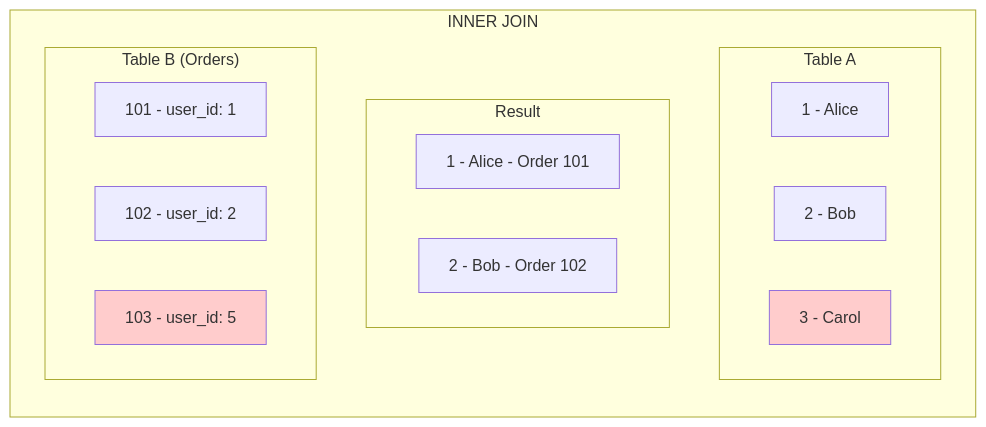
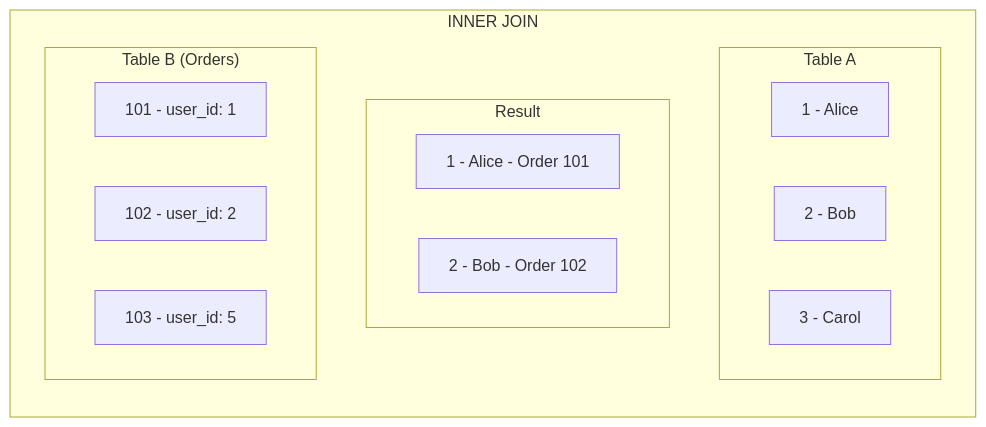
The third of 11 diagrams in src/docs/sql/fundamentals/joins.mdx (ImRLopezAG/dev-docs), drawn with Mermaid before and after one commit. The commit also changed other lines of this file and 37 other files, not shown here.

First line of the commit message:
feat: enhance documentation with mermaid diagrams and improve JSON handling in Vite config

````diff
--- a/src/docs/sql/fundamentals/joins.mdx
+++ b/src/docs/sql/fundamentals/joins.mdx
@@ -55,22 +57,21 @@
 ```mermaid
+
 flowchart LR
     subgraph "INNER JOIN"
         direction TB
         subgraph "Table A"
             A1[1 - Alice]
             A2[2 - Bob]
             A3[3 - Carol]
         end
         subgraph "Result"
             R1[1 - Alice - Order 101]
             R2[2 - Bob - Order 102]
         end
         subgraph "Table B (Orders)"
             B1[101 - user_id: 1]
             B2[102 - user_id: 2]
             B3[103 - user_id: 5]
         end
     end
-    style A3 fill:#ffcccc
-    style B3 fill:#ffcccc
 ```
````
